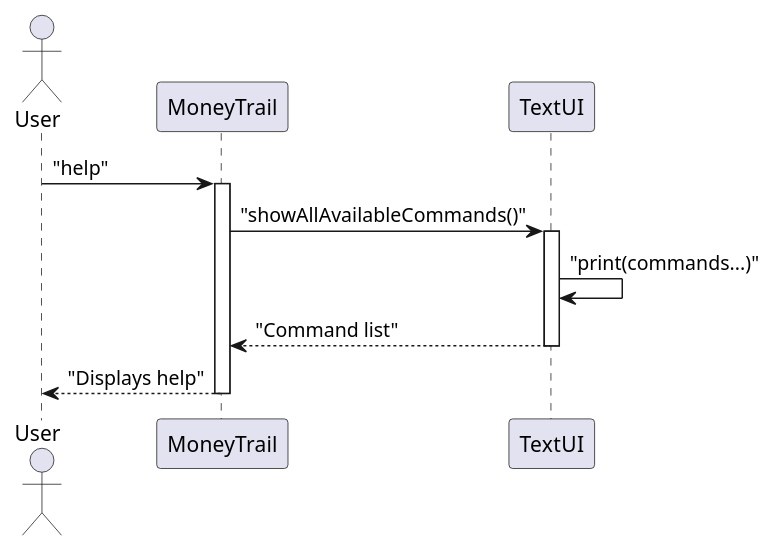
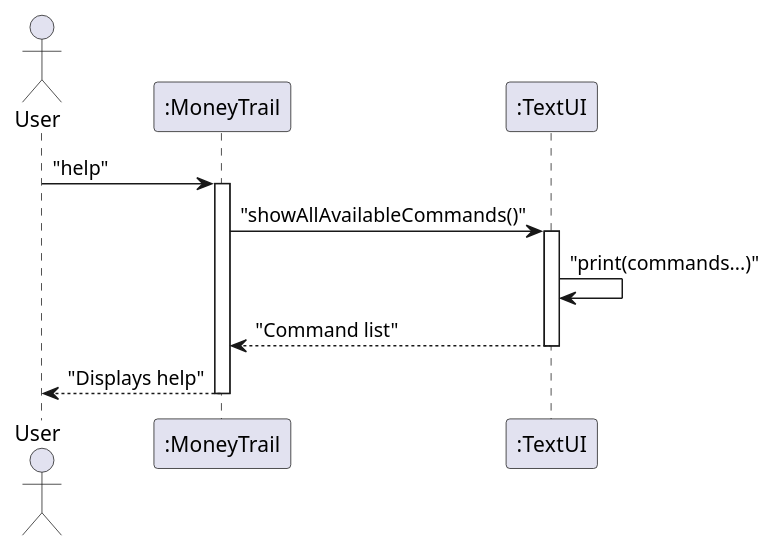
One commit to EdwinTun98/tp changed the diagram in docs/diagrams/TextUI_Seq.puml. Above: the diagram before and after it, drawn with PlantUML. The commit also changed 30 other files, not shown here.

Commit message:
Added colons in front of entites in all sequence diagrams

```diff
--- a/docs/diagrams/TextUI_Seq.puml
+++ b/docs/diagrams/TextUI_Seq.puml
@@ -1,15 +1,15 @@
 @startuml TextUI_Sequence
 actor User
-participant MoneyTrail
-participant TextUI
+participant MoneyTrail as ":MoneyTrail"
+participant TextUI as ":TextUI"
 
 User -> MoneyTrail : "help"
 activate MoneyTrail
 MoneyTrail -> TextUI : "showAllAvailableCommands()"
 activate TextUI
 TextUI -> TextUI : "print(commands...)"
 TextUI --> MoneyTrail : "Command list"
 deactivate TextUI
 MoneyTrail --> User : "Displays help"
 deactivate MoneyTrail
 @enduml
```
